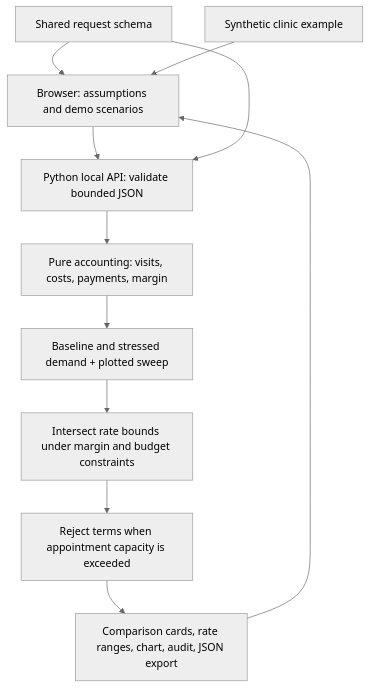
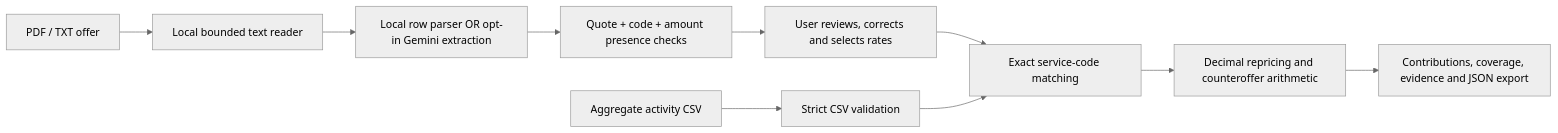
Before and after one commit to JasonKazz/CareBalance: the diagram in docs/architecture.md, drawn with Mermaid (neutral theme). The commit also changed other lines of this file and 7 other files, not shown here.

Commit message:
Polish contract workspace with evidence charts and counteroffers

````diff
--- a/docs/architecture.md
+++ b/docs/architecture.md
@@ -3,13 +3,12 @@
 ```mermaid
-flowchart TD
-    UI[Browser: assumptions and demo scenarios] --> API[Python local API: validate bounded JSON]
-    SCHEMA[Shared request schema] --> UI
-    SCHEMA --> API
-    FIX[Synthetic clinic example] --> UI
-    API --> ACCOUNT[Pure accounting: visits, costs, payments, margin]
-    ACCOUNT --> STRESS[Baseline and stressed demand + plotted sweep]
-    STRESS --> SOLVE[Intersect rate bounds under margin and budget constraints]
-    SOLVE --> CAP[Reject terms when appointment capacity is exceeded]
-    CAP --> REPORT[Comparison cards, rate ranges, chart, audit, JSON export]
-    REPORT --> UI
+flowchart LR
+    PDF[PDF / TXT offer] --> READ[Local bounded text reader]
+    READ --> EXTRACT[Local row parser OR opt-in Gemini extraction]
+    EXTRACT --> CHECK[Quote + code + amount presence checks]
+    CHECK --> REVIEW[User reviews, corrects and selects rates]
+    CSV[Aggregate activity CSV] --> VALIDATE[Strict CSV validation]
+    REVIEW --> MATCH[Exact service-code matching]
+    VALIDATE --> MATCH
+    MATCH --> MONEY[Decimal repricing and counteroffer arithmetic]
+    MONEY --> UI[Contributions, coverage, evidence and JSON export]
 ```
````
